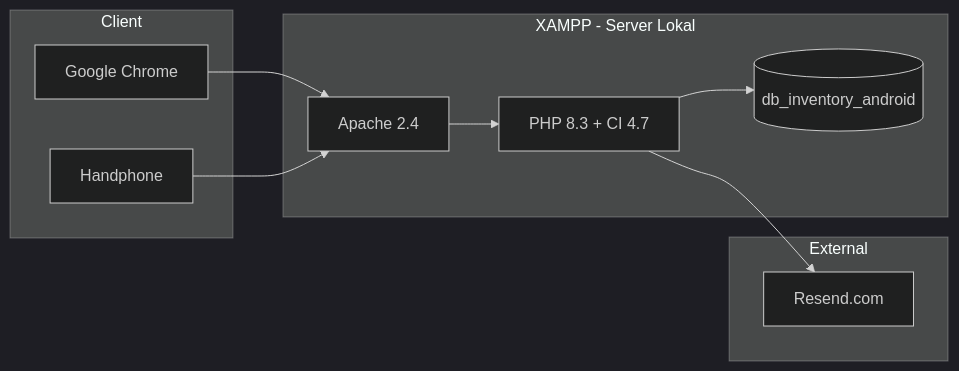
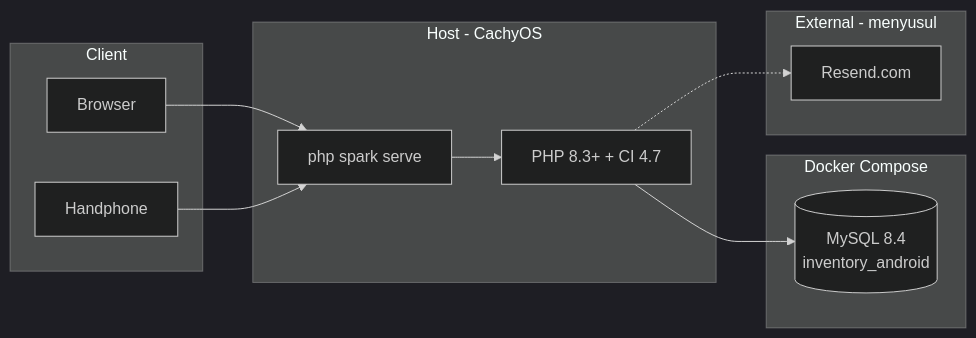
Before and after one commit to nestorzamili/ta-aswan: the first of 2 diagrams in docs/06-implementasi-pengujian.md, drawn with Mermaid (dark theme). The commit also changed other lines of this file and 169 other files, not shown here.

````diff
--- a/docs/06-implementasi-pengujian.md
+++ b/docs/06-implementasi-pengujian.md
@@ -29,20 +30,22 @@
 ```mermaid
 flowchart LR
     subgraph client [Client]
-        Browser[Google Chrome]
+        Browser[Browser]
         Mobile[Handphone]
     end
-    subgraph server [XAMPP - Server Lokal]
-        Apache[Apache 2.4]
-        PHP[PHP 8.3 + CI 4.7]
-        MySQL[(db_inventory_android)]
+    subgraph host [Host - CachyOS]
+        Spark["php spark serve"]
+        PHP[PHP 8.3+ + CI 4.7]
     end
-    subgraph external [External]
+    subgraph docker [Docker Compose]
+        MySQL[(MySQL 8.4\ninventory_android)]
+    end
+    subgraph external [External - menyusul]
         Resend[Resend.com]
     end
-    Browser --> Apache
-    Mobile --> Apache
-    Apache --> PHP
+    Browser --> Spark
+    Mobile --> Spark
+    Spark --> PHP
     PHP --> MySQL
-    PHP --> Resend
+    PHP -.-> Resend
 ```
````
